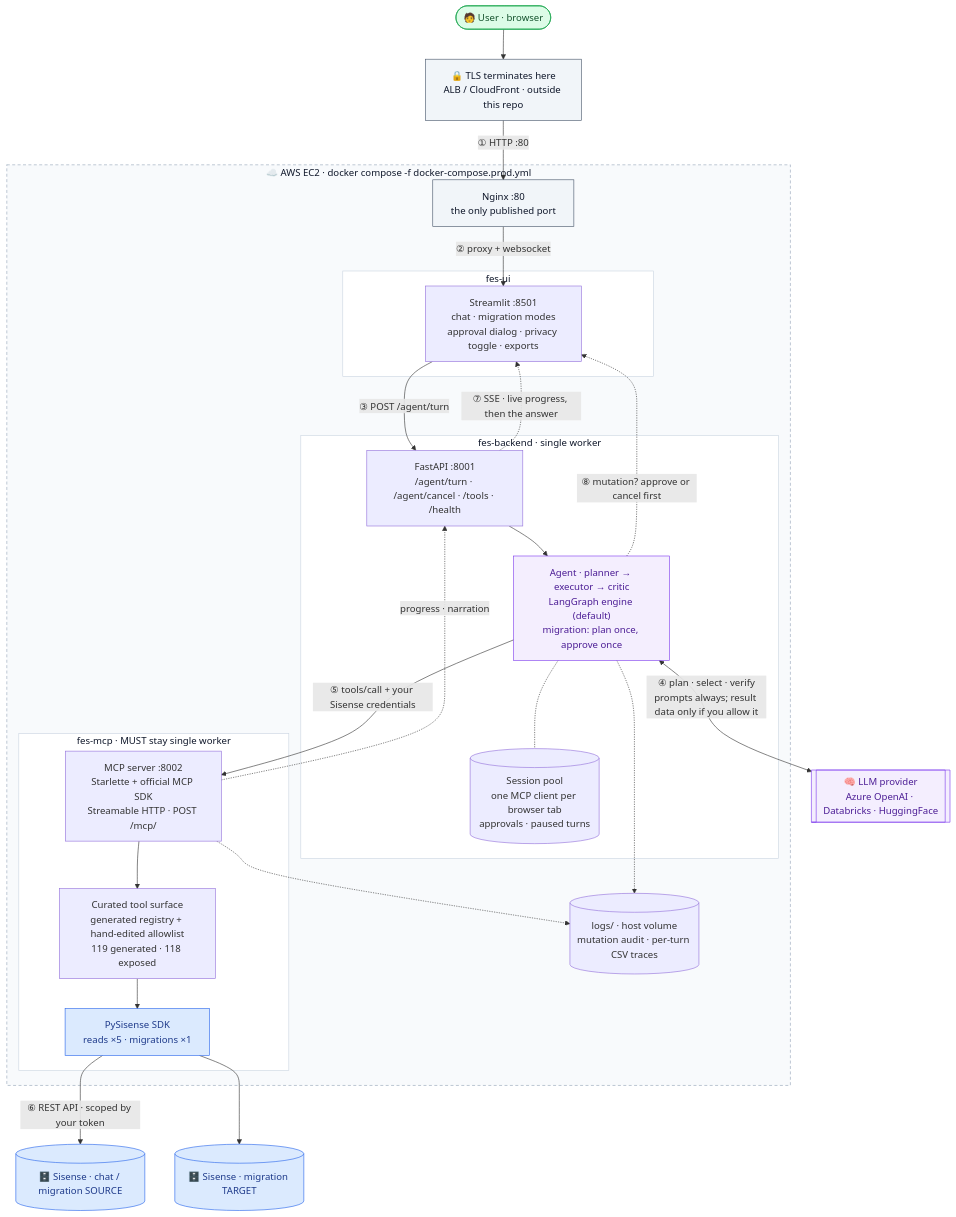
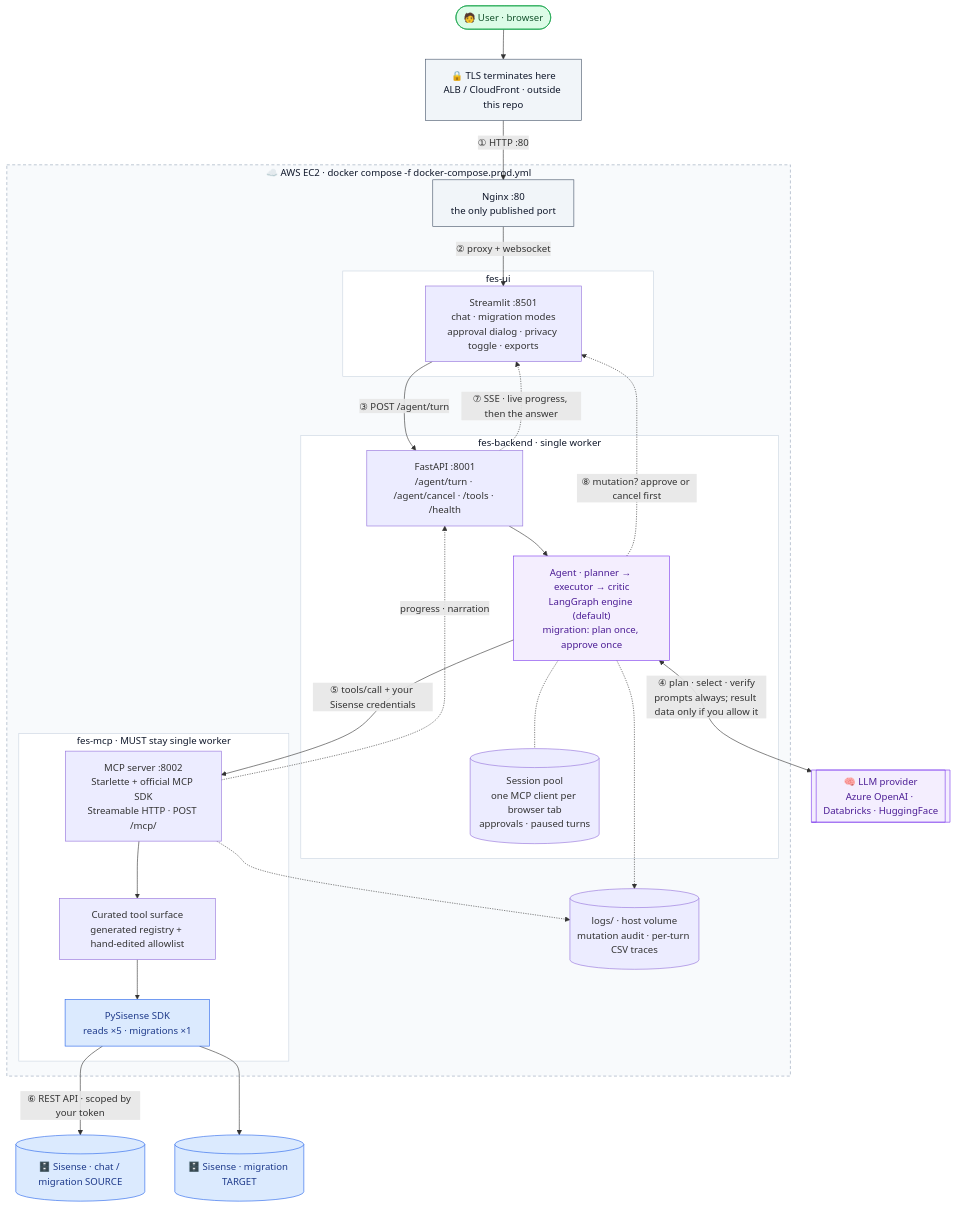
One commit to hnegi01/fes-assistant changed the diagram in README.md. Above: the diagram before and after it, drawn with Mermaid. The commit also changed other lines of this file and 10 other files, not shown here.

````diff
--- a/README.md
+++ b/README.md
@@ -205,60 +46,60 @@
 ```mermaid
 flowchart TB
     U(["🧑 User · browser"])
     ALB["🔒 TLS terminates here<br/>ALB / CloudFront · outside this repo"]
     subgraph EC2["☁️ AWS EC2 · docker compose -f docker-compose.prod.yml"]
         NG["Nginx :80<br/>the only published port"]
 
         subgraph UIC["fes-ui"]
             ST["Streamlit :8501<br/>chat · migration modes<br/>approval dialog · privacy toggle · exports"]
         end
 
         subgraph BEC["fes-backend · single worker"]
             API["FastAPI :8001<br/>/agent/turn · /agent/cancel · /tools · /health"]
             AG["Agent · planner → executor → critic<br/>LangGraph engine (default)<br/>migration: plan once, approve once"]
             SP[("Session pool<br/>one MCP client per browser tab<br/>approvals · paused turns")]
         end
 
         subgraph MCPC["fes-mcp · MUST stay single worker"]
             MS["MCP server :8002<br/>Starlette + official MCP SDK<br/>Streamable HTTP · POST /mcp/"]
-            AL["Curated tool surface<br/>generated registry + hand-edited allowlist<br/>119 generated · 118 exposed"]
+            AL["Curated tool surface<br/>generated registry + hand-edited allowlist"]
             SDK["PySisense SDK<br/>reads ×5 · migrations ×1"]
         end
 
         LOGS[("logs/ · host volume<br/>mutation audit · per-turn CSV traces")]
     end
 
     LLM[["🧠 LLM provider<br/>Azure OpenAI · Databricks · HuggingFace"]]
     SRC[("🗄️ Sisense · chat / migration SOURCE")]
     TGT[("🗄️ Sisense · migration TARGET")]
 
     U --> ALB
     ALB -->|"① HTTP :80"| NG
     NG -->|"② proxy + websocket"| ST
     ST -->|"③ POST /agent/turn"| API
     API --> AG
     AG <-->|"④ plan · select · verify<br/>prompts always; result data only if you allow it"| LLM
     AG -->|"⑤ tools/call + your Sisense credentials"| MS
     MS --> AL --> SDK
     SDK -->|"⑥ REST API · scoped by your token"| SRC
     SDK --> TGT
     MS -.->|"progress · narration"| API
     API -.->|"⑦ SSE · live progress, then the answer"| ST
     AG -.->|"⑧ mutation? approve or cancel first"| ST
     AG -.- SP
     AG -.-> LOGS
     MS -.-> LOGS
 
     classDef ext fill:#f1f5f9,stroke:#475569,color:#0f172a;
     classDef brain fill:#f4eefe,stroke:#7c3aed,color:#4c1d95;
     classDef data fill:#dbeafe,stroke:#2563eb,color:#1e3a8a;
     classDef person fill:#dcfce7,stroke:#16a34a,color:#14532d;
     classDef host fill:#f8fafc,stroke:#94a3b8,stroke-dasharray:5 4,color:#0f172a;
     classDef box fill:#ffffff,stroke:#cbd5e1,color:#0f172a;
     class U person;
     class ALB,NG ext;
     class AG,LLM brain;
     class SDK,SRC,TGT data;
     class EC2 host;
     class UIC,BEC,MCPC box;
 ```
````
